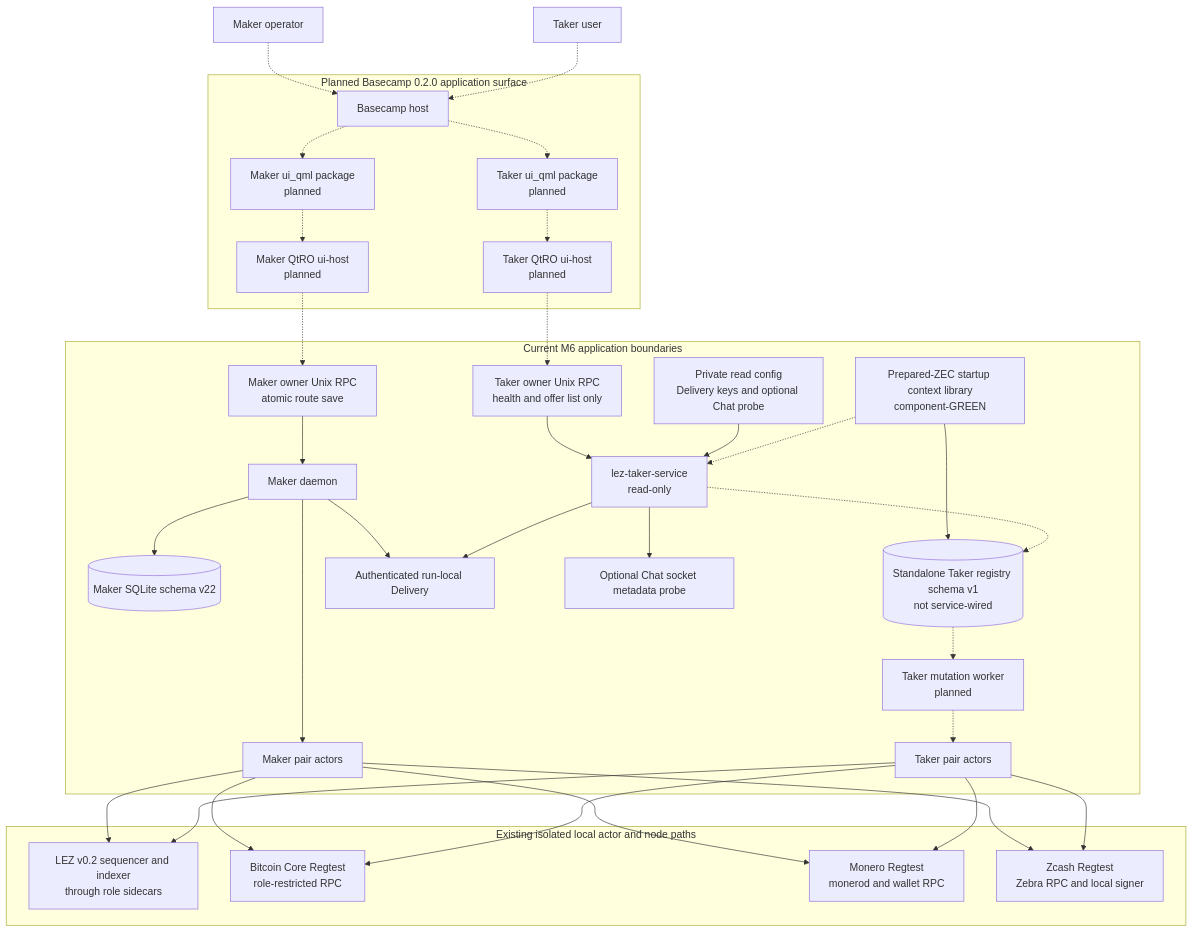
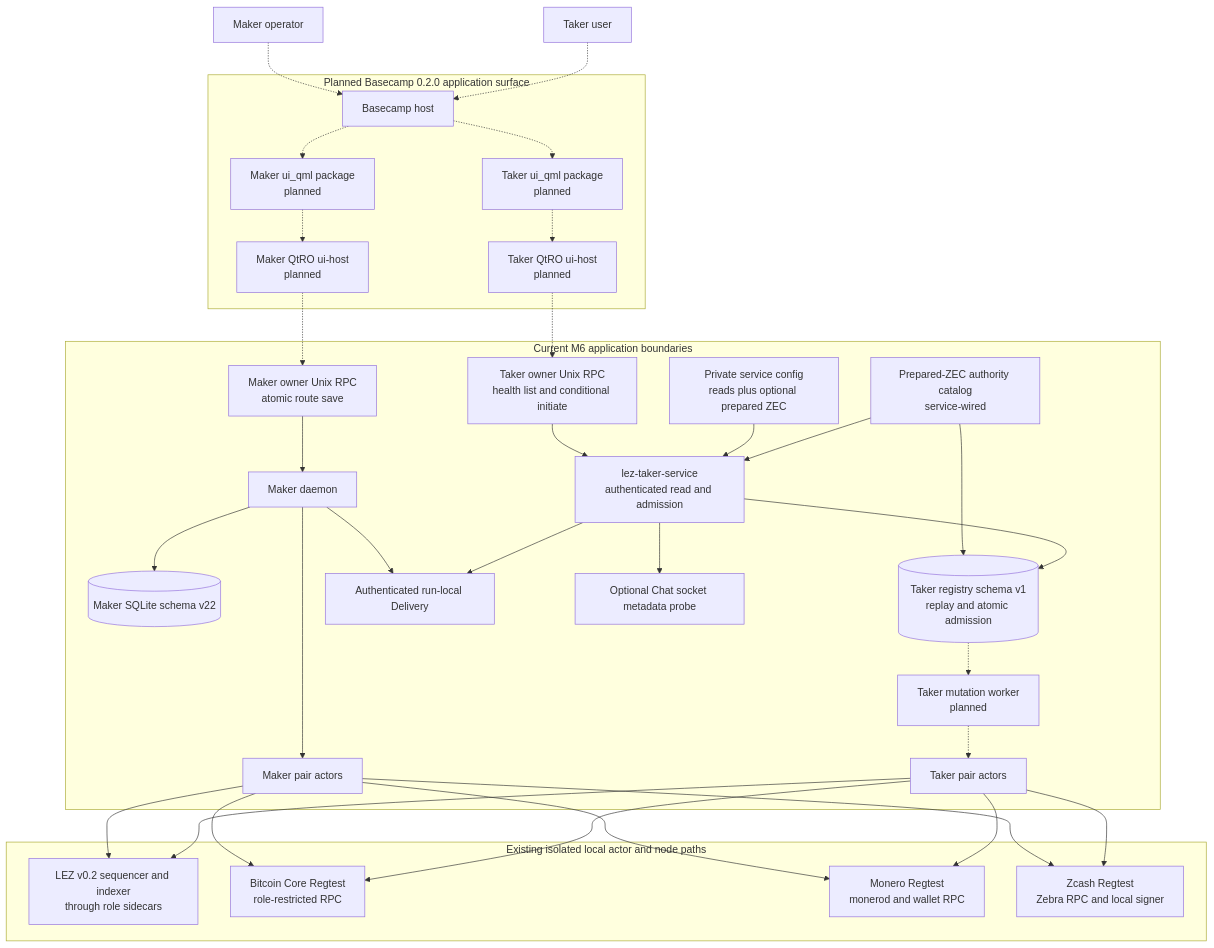
Before and after one commit to gateway-fm/lez-atomic-swaps: the second of 34 diagrams in docs/architecture/system-architecture.md, drawn with Mermaid. The commit also changed other lines of this file and 12 other files, not shown here.

Commit message:
docs(m6): explain replay-first service admission

````diff
--- a/docs/architecture/system-architecture.md
+++ b/docs/architecture/system-architecture.md
@@ -73,69 +70,69 @@
 ```mermaid
 flowchart TB
     MakerOperator["Maker operator"]
     TakerUser["Taker user"]
 
     subgraph BasecampTarget["Planned Basecamp 0.2.0 application surface"]
         Basecamp["Basecamp host"]
         MakerQml["Maker ui_qml package<br/>planned"]
         TakerQml["Taker ui_qml package<br/>planned"]
         MakerHost["Maker QtRO ui-host<br/>planned"]
         TakerHost["Taker QtRO ui-host<br/>planned"]
     end
 
     subgraph CurrentM6["Current M6 application boundaries"]
         MakerRpc["Maker owner Unix RPC<br/>atomic route save"]
         MakerDaemon["Maker daemon"]
         MakerDb[("Maker SQLite schema v22")]
-        TakerSocket["Taker owner Unix RPC<br/>health and offer list only"]
-        TakerService["lez-taker-service<br/>read-only"]
-        TakerConfig["Private read config<br/>Delivery keys and optional Chat probe"]
-        PreparedConfig["Prepared-ZEC startup context library<br/>component-GREEN"]
-        Registry[("Standalone Taker registry schema v1<br/>not service-wired")]
+        TakerSocket["Taker owner Unix RPC<br/>health list and conditional initiate"]
+        TakerService["lez-taker-service<br/>authenticated read and admission"]
+        TakerConfig["Private service config<br/>reads plus optional prepared ZEC"]
+        PreparedConfig["Prepared-ZEC authority catalog<br/>service-wired"]
+        Registry[("Taker registry schema v1<br/>replay and atomic admission")]
         Worker["Taker mutation worker<br/>planned"]
         Delivery["Authenticated run-local Delivery"]
         ChatProbe["Optional Chat socket metadata probe"]
         MakerActors["Maker pair actors"]
         TakerActors["Taker pair actors"]
     end
 
     subgraph LocalChains["Existing isolated local actor and node paths"]
         Lez["LEZ v0.2 sequencer and indexer<br/>through role sidecars"]
         Bitcoin["Bitcoin Core Regtest<br/>role-restricted RPC"]
         Monero["Monero Regtest<br/>monerod and wallet RPC"]
         Zcash["Zcash Regtest<br/>Zebra RPC and local signer"]
     end
 
     MakerOperator -.-> Basecamp
     TakerUser -.-> Basecamp
     Basecamp -.-> MakerQml
     Basecamp -.-> TakerQml
     MakerQml -.-> MakerHost
     TakerQml -.-> TakerHost
     MakerHost -.-> MakerRpc
     TakerHost -.-> TakerSocket
 
     MakerRpc --> MakerDaemon
     MakerDaemon --> MakerDb
     MakerDaemon --> Delivery
     MakerDaemon --> MakerActors
 
     TakerSocket --> TakerService
     TakerConfig --> TakerService
-    PreparedConfig -.-> TakerService
+    PreparedConfig --> TakerService
     PreparedConfig --> Registry
     TakerService --> Delivery
     TakerService --> ChatProbe
-    TakerService -.-> Registry
+    TakerService --> Registry
     Registry -.-> Worker
     Worker -.-> TakerActors
 
     MakerActors --> Lez
     MakerActors --> Bitcoin
     MakerActors --> Monero
     MakerActors --> Zcash
     TakerActors --> Lez
     TakerActors --> Bitcoin
     TakerActors --> Monero
     TakerActors --> Zcash
 ```
````
